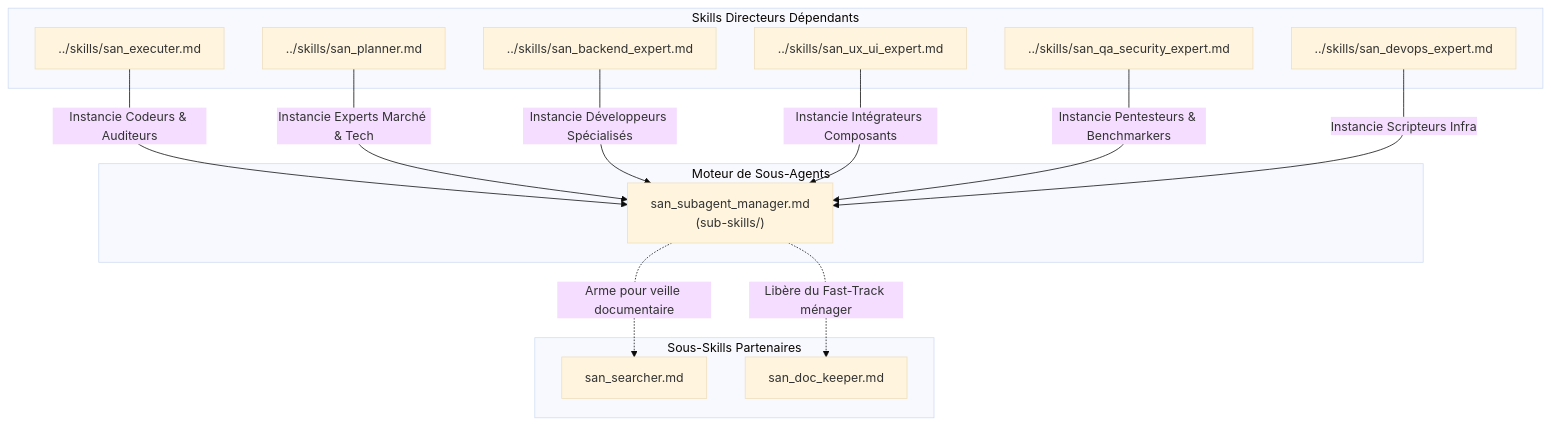
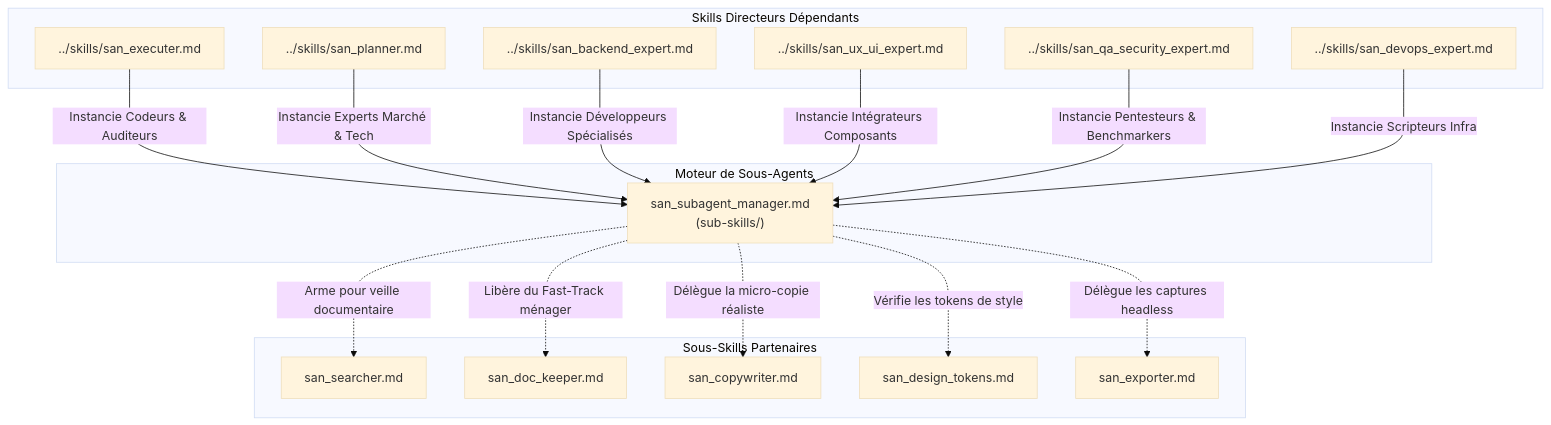
One commit to alexsan-dev/san_agy_framework changed the third of 3 diagrams in sub-skills/san_subagent_manager.md. Above: the diagram before and after it, drawn with Mermaid (base theme). The commit also changed other lines of this file and 41 other files, not shown here.

````diff
--- a/sub-skills/san_subagent_manager.md
+++ b/sub-skills/san_subagent_manager.md
@@ -289,30 +388,36 @@
 ```mermaid
 flowchart TD
     subgraph "Skills Directeurs Dépendants"
         san_executer["../skills/san_executer.md"]
         san_planner["../skills/san_planner.md"]
         san_backend_expert["../skills/san_backend_expert.md"]
         san_ux_ui_expert["../skills/san_ux_ui_expert.md"]
         san_qa_security_expert["../skills/san_qa_security_expert.md"]
         san_devops_expert["../skills/san_devops_expert.md"]
     end
     
     subgraph "Moteur de Sous-Agents"
         san_subagent_manager["san_subagent_manager.md\n(sub-skills/)"]
     end
     
     subgraph "Sous-Skills Partenaires"
         san_searcher["san_searcher.md"]
         san_doc_keeper["san_doc_keeper.md"]
+        san_copywriter["san_copywriter.md"]
+        san_design_tokens["san_design_tokens.md"]
+        san_exporter["san_exporter.md"]
     end
     
     san_executer -->|Instancie Codeurs & Auditeurs| san_subagent_manager
     san_planner -->|Instancie Experts Marché & Tech| san_subagent_manager
     san_backend_expert -->|Instancie Développeurs Spécialisés| san_subagent_manager
     san_ux_ui_expert -->|Instancie Intégrateurs Composants| san_subagent_manager
     san_qa_security_expert -->|Instancie Pentesteurs & Benchmarkers| san_subagent_manager
     san_devops_expert -->|Instancie Scripteurs Infra| san_subagent_manager
     
     san_subagent_manager -.->|Arme pour veille documentaire| san_searcher
     san_subagent_manager -.->|Libère du Fast-Track ménager| san_doc_keeper
+    san_subagent_manager -.->|Délègue la micro-copie réaliste| san_copywriter
+    san_subagent_manager -.->|Vérifie les tokens de style| san_design_tokens
+    san_subagent_manager -.->|Délègue les captures headless| san_exporter
 ```
````
